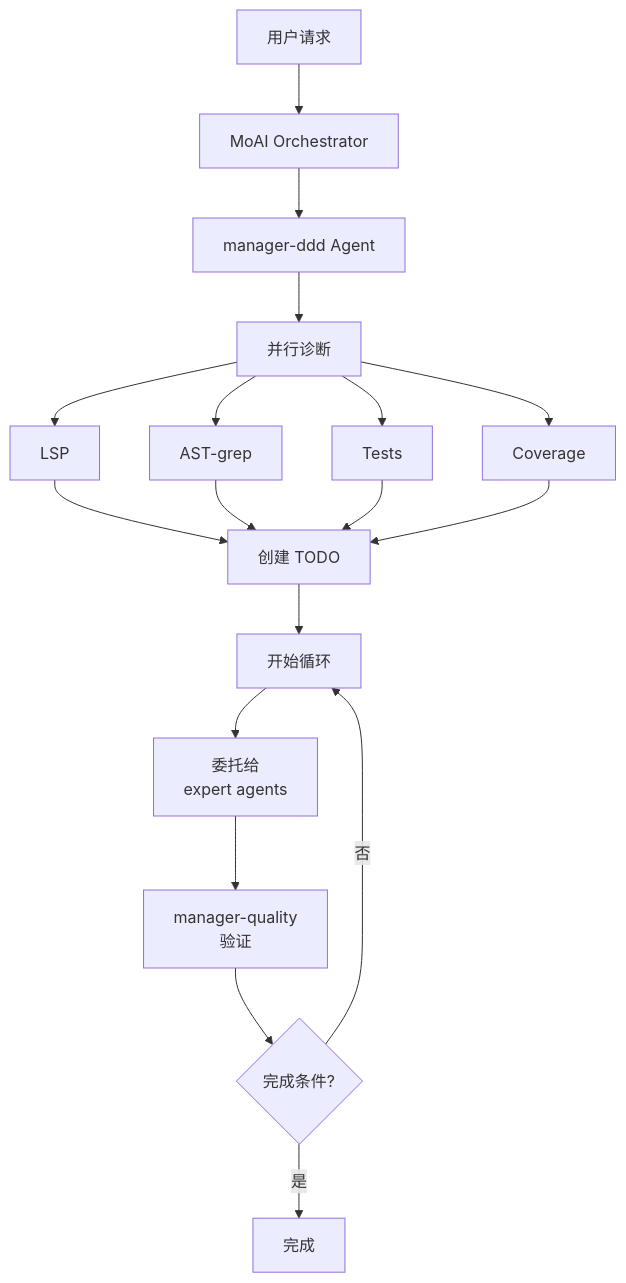
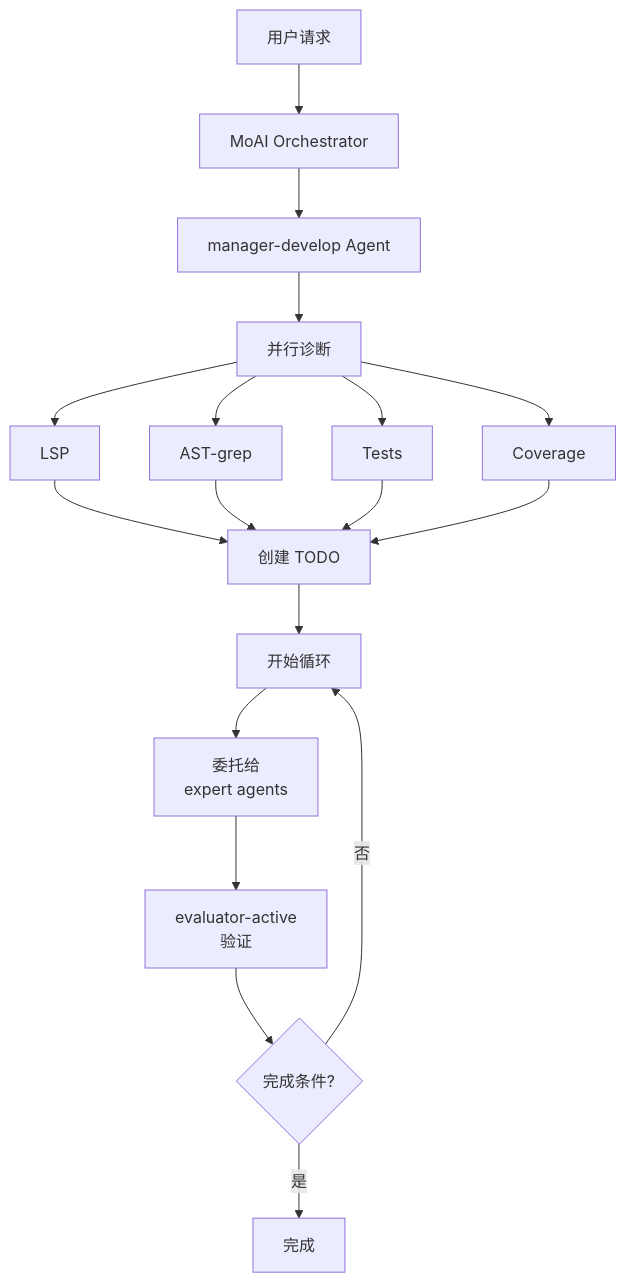
The fourth of 4 diagrams in docs-site/content/zh/utility-commands/moai-loop.md (modu-ai/moai-adk), drawn with Mermaid before and after one commit. The commit also changed other lines of this file and 153 other files, not shown here.

````diff
--- a/docs-site/content/zh/utility-commands/moai-loop.md
+++ b/docs-site/content/zh/utility-commands/moai-loop.md
@@ -199,25 +199,25 @@
 ```mermaid
 flowchart TD
     User["用户请求"] --> Orchestrator["MoAI Orchestrator"]
-    Orchestrator --> ManagerDDD["manager-ddd Agent"]
+    Orchestrator --> ManagerDDD["manager-develop Agent"]
 
     ManagerDDD --> Diagnose["并行诊断"]
     Diagnose --> LSP["LSP"]
     Diagnose --> AST["AST-grep"]
     Diagnose --> Test["Tests"]
     Diagnose --> Cov["Coverage"]
 
     LSP --> Todo["创建 TODO"]
     AST --> Todo
     Test --> Todo
     Cov --> Todo
 
     Todo --> Loop["开始循环"]
 
     Loop --> Fix["委托给<br/>expert agents"]
-    Fix --> Verify["manager-quality<br/>验证"]
+    Fix --> Verify["evaluator-active<br/>验证"]
 
     Verify --> Complete{"完成条件?"}
     Complete -->|否| Loop
     Complete -->|是| Done["完成"]
 ```
````
